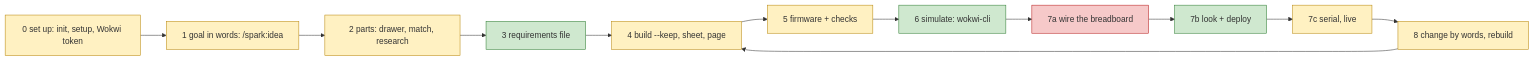
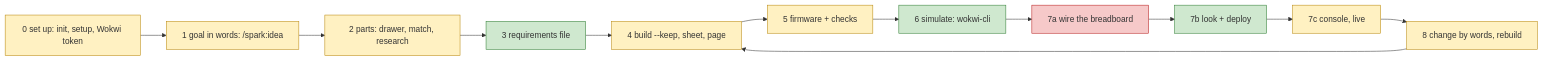
One commit to xmejkal/spark changed the diagram in docs/discovery/2026-10-18-loop-backlog/backlog.md. Above: the diagram before and after it, drawn with Mermaid. The commit also changed other lines of this file and 3 other files, not shown here.

````diff
--- a/docs/discovery/2026-10-18-loop-backlog/backlog.md
+++ b/docs/discovery/2026-10-18-loop-backlog/backlog.md
@@ -29,17 +39,17 @@
 ```mermaid
 flowchart LR
   A[0 set up: init, setup, Wokwi token]:::partly --> B[1 goal in words: /spark:idea]:::partly
   B --> C[2 parts: drawer, match, research]:::partly
   C --> D[3 requirements file]:::works
   D --> E[4 build --keep, sheet, page]:::partly
   E --> F[5 firmware + checks]:::partly
   F --> G[6 simulate: wokwi-cli]:::works
   G --> H[7a wire the breadboard]:::missing
   H --> I[7b look + deploy]:::works
-  I --> J[7c serial, live]:::partly
+  I --> J[7c console, live]:::partly
   J --> K[8 change by words, rebuild]:::partly
   K --> E
   classDef works fill:#cfe8cf,stroke:#2e7d32
   classDef partly fill:#fff1c2,stroke:#b8860b
   classDef missing fill:#f6c9c9,stroke:#b71c1c
 ```
````
